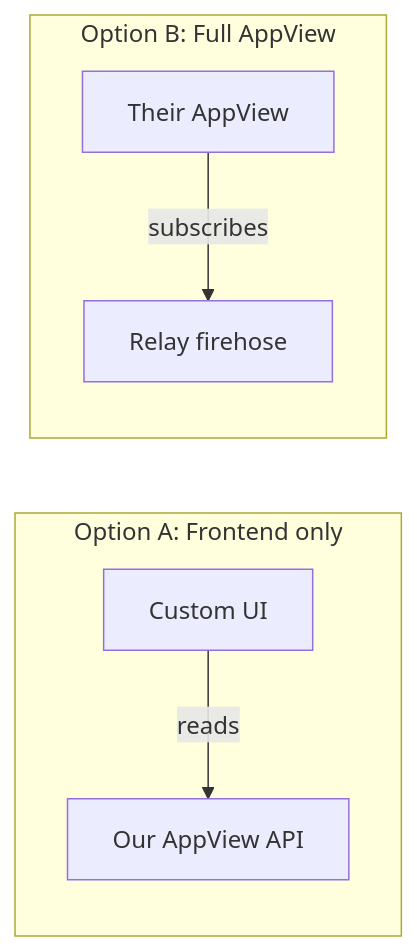
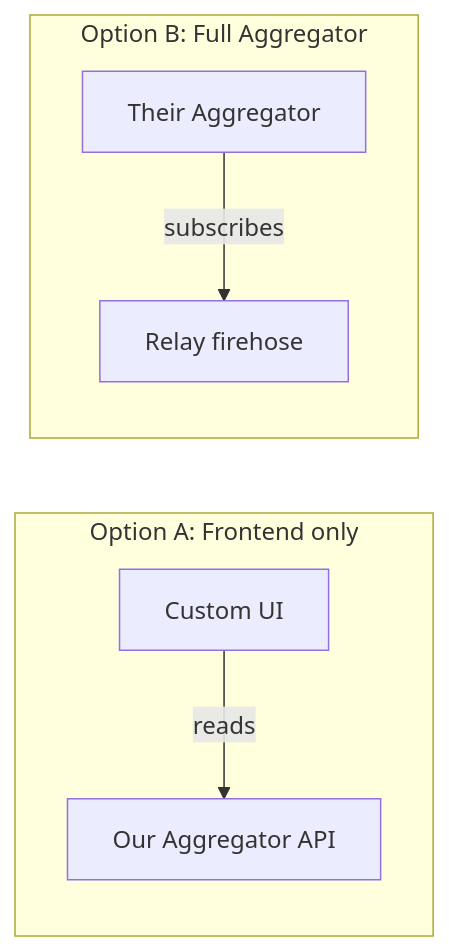
The third of 3 diagrams in rfcs/0001-plugin-registry.md (emdash-cms/emdash), drawn with Mermaid before and after one commit. The commit also changed other lines of this file, not shown here.

````diff
--- a/rfcs/0001-plugin-registry.md
+++ b/rfcs/0001-plugin-registry.md
@@ -803,10 +879,10 @@
 ```mermaid
 graph LR
     subgraph "Option A: Frontend only"
-        FA["Custom UI"] -->|reads| AV["Our AppView API"]
+        FA["Custom UI"] -->|reads| AV["Our Aggregator API"]
     end
 
-    subgraph "Option B: Full AppView"
-        FD["Their AppView"] -->|subscribes| RELAY["Relay firehose"]
+    subgraph "Option B: Full Aggregator"
+        FD["Their Aggregator"] -->|subscribes| RELAY["Relay firehose"]
     end
 ```
````
